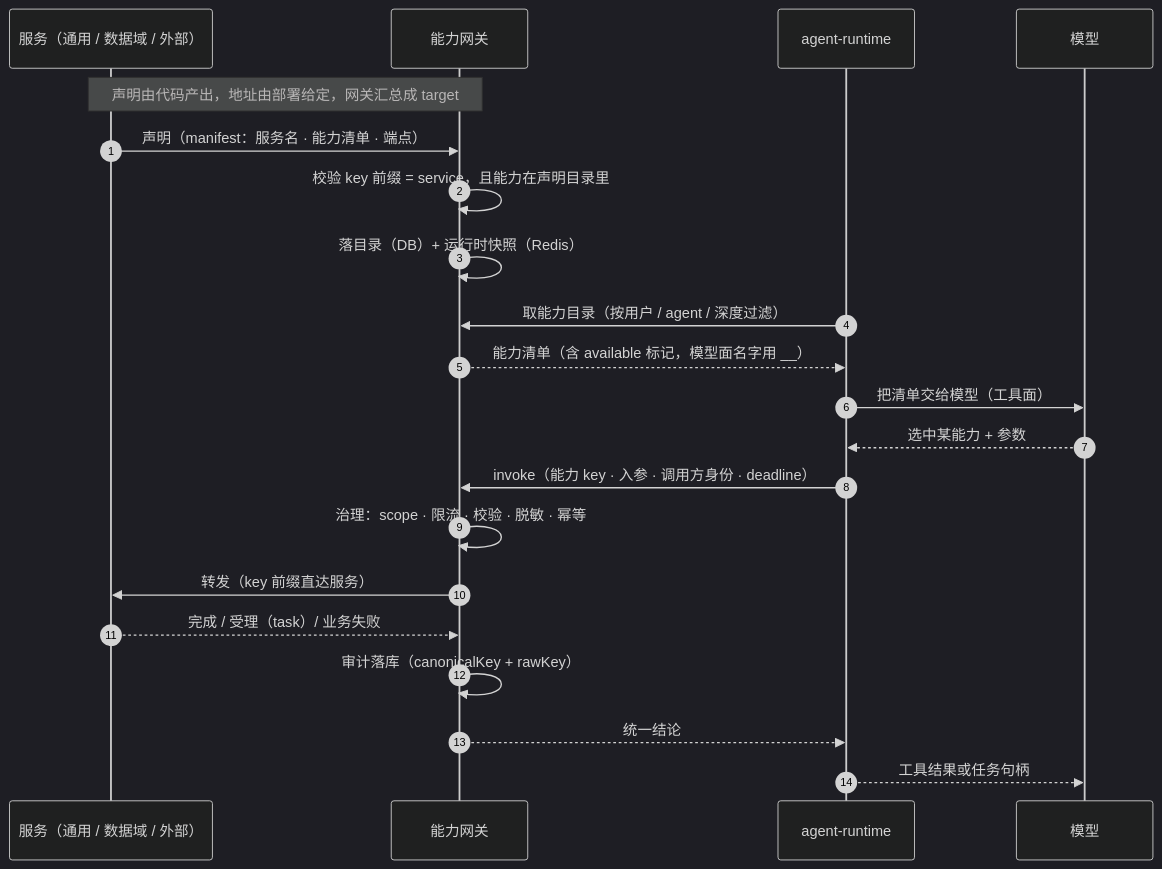
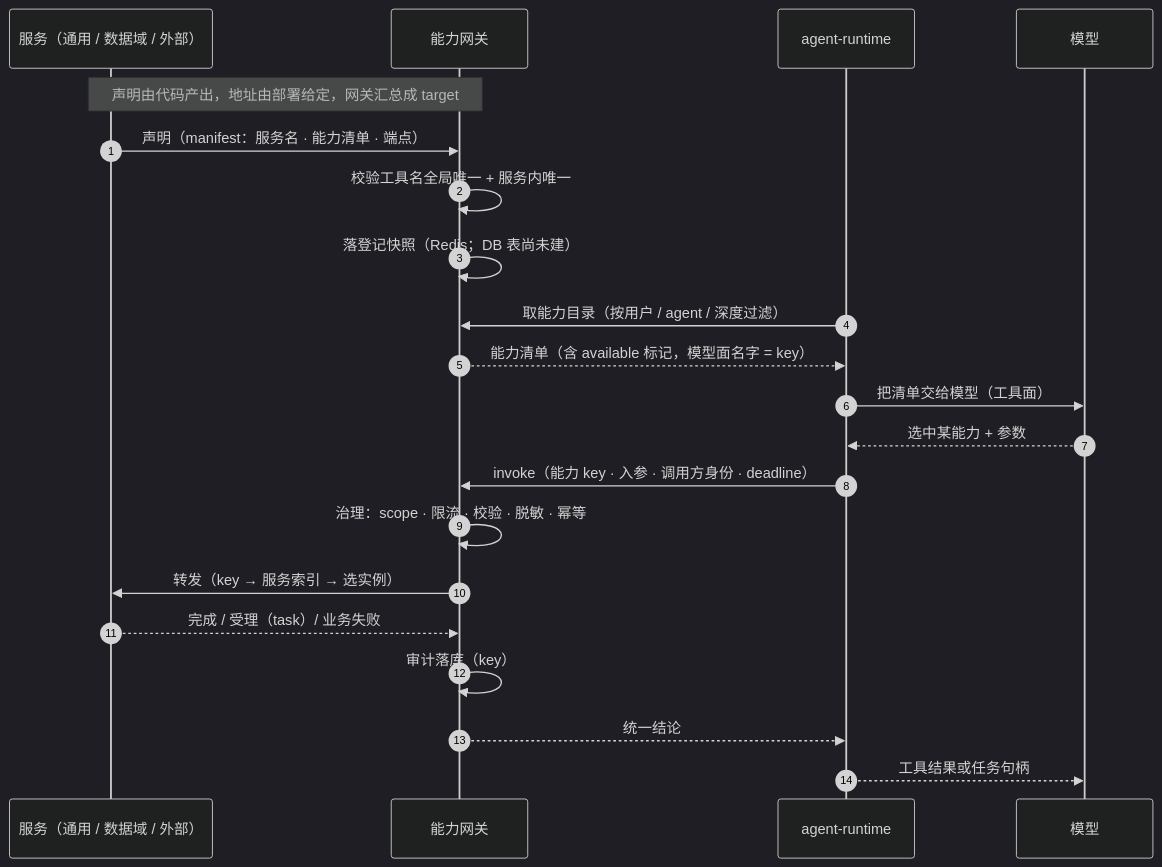
The second of 2 diagrams in docs/design/capability-gateway.md (Rihel/billy-cli), drawn with Mermaid (dark theme) before and after one commit. The commit also changed other lines of this file and 192 other files, not shown here.

````diff
--- a/docs/design/capability-gateway.md
+++ b/docs/design/capability-gateway.md
@@ -135,25 +136,25 @@
 ```mermaid
 sequenceDiagram
   autonumber
   participant S as 服务（通用 / 数据域 / 外部）
   participant G as 能力网关
   participant R as agent-runtime
   participant U as 模型
 
   Note over S,G: 声明由代码产出，地址由部署给定，网关汇总成 target
   S->>G: 声明（manifest：服务名 · 能力清单 · 端点）
-  G->>G: 校验 key 前缀 = service，且能力在声明目录里
-  G->>G: 落目录（DB）+ 运行时快照（Redis）
+  G->>G: 校验工具名全局唯一 + 服务内唯一
+  G->>G: 落登记快照（Redis；DB 表尚未建）
 
   R->>G: 取能力目录（按用户 / agent / 深度过滤）
-  G-->>R: 能力清单（含 available 标记，模型面名字用 __）
+  G-->>R: 能力清单（含 available 标记，模型面名字 = key）
   R->>U: 把清单交给模型（工具面）
   U-->>R: 选中某能力 + 参数
   R->>G: invoke（能力 key · 入参 · 调用方身份 · deadline）
   G->>G: 治理：scope · 限流 · 校验 · 脱敏 · 幂等
-  G->>S: 转发（key 前缀直达服务）
+  G->>S: 转发（key → 服务索引 → 选实例）
   S-->>G: 完成 / 受理（task）/ 业务失败
-  G->>G: 审计落库（canonicalKey + rawKey）
+  G->>G: 审计落库（key）
   G-->>R: 统一结论
   R-->>U: 工具结果或任务句柄
 ```
````
